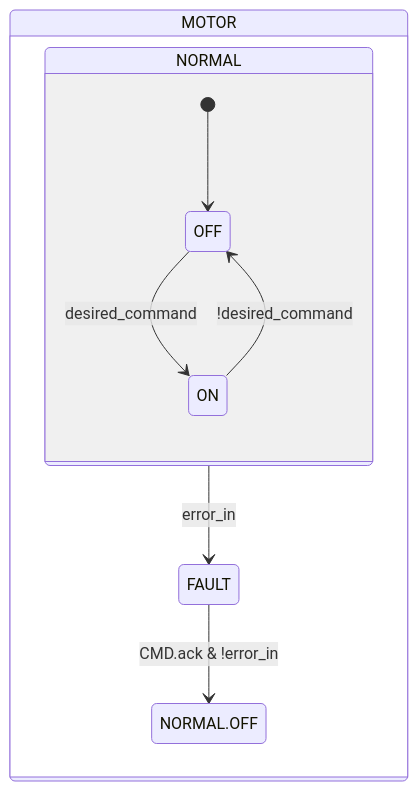
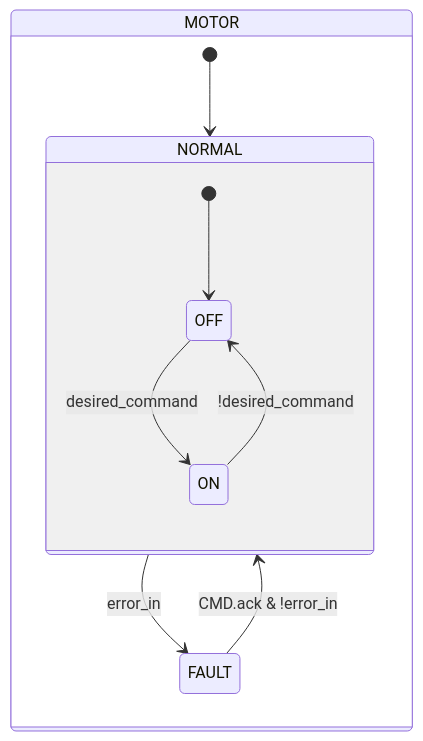
One commit to AleFire99/TIA_knowledge changed the second of 2 diagrams in docs/en/library/motors/no-sensors/index.md. Above: the diagram before and after it, drawn with Mermaid. The commit also changed other lines of this file and 5 other files, not shown here.

First line of the commit message:
fix: Motor FSM diagram target outer composite state, rename alarm ID to MT-

````diff
--- a/docs/en/library/motors/no-sensors/index.md
+++ b/docs/en/library/motors/no-sensors/index.md
@@ -68,13 +68,15 @@
 ```mermaid
 stateDiagram-v2
 state MOTOR{
+    [*] --> NORMAL
+
     NORMAL --> FAULT : error_in
-    FAULT --> NORMAL.OFF : CMD.ack & !error_in
+    FAULT --> NORMAL : CMD.ack & !error_in
 
     state NORMAL {
         [*] --> OFF
         OFF --> ON : desired_command
         ON --> OFF : !desired_command
     }
 }
 ```
````
